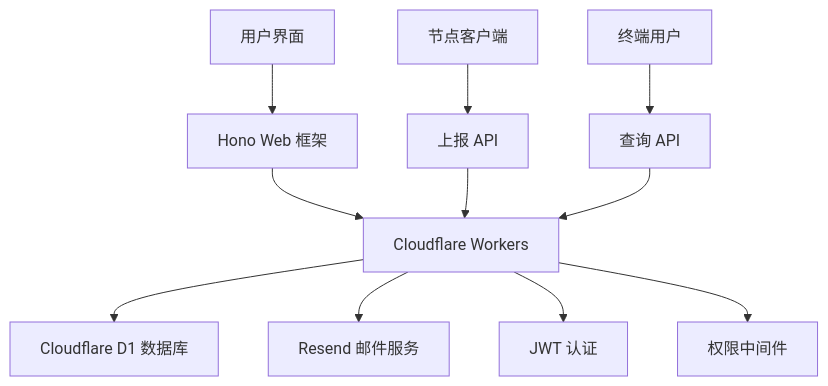
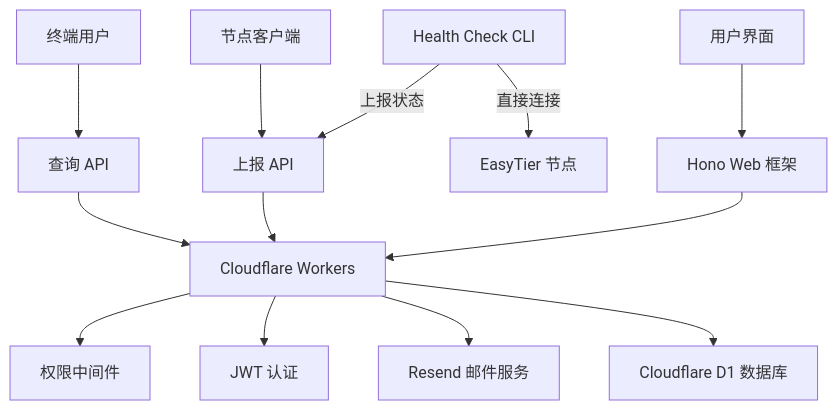
Before and after one commit to PIKACHUIM/easytier-worker: the diagram in README.md, drawn with Mermaid. The commit also changed other lines of this file and 24 other files, not shown here.

````diff
--- a/README.md
+++ b/README.md
@@ -257,16 +277,19 @@
 ```mermaid
 graph TB
     A[用户界面] --> B[Hono Web 框架]
     B --> C[Cloudflare Workers]
     C --> D[Cloudflare D1 数据库]
     C --> E[Resend 邮件服务]
     
     F[节点客户端] --> G[上报 API]
     G --> C
     
     H[终端用户] --> I[查询 API]
     I --> C
     
-    C --> J[JWT 认证]
-    C --> K[权限中间件]
+    J[Health Check CLI] -->|直接连接| K[EasyTier 节点]
+    J -->|上报状态| G
+    
+    C --> L[JWT 认证]
+    C --> M[权限中间件]
 ```
````
